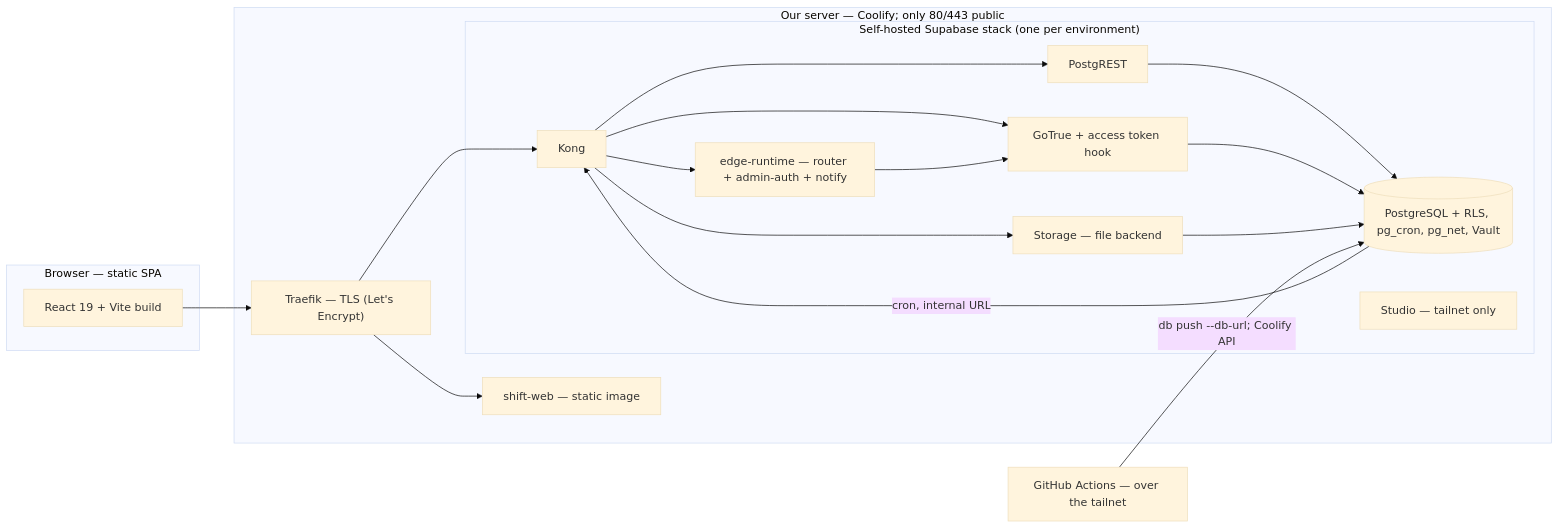
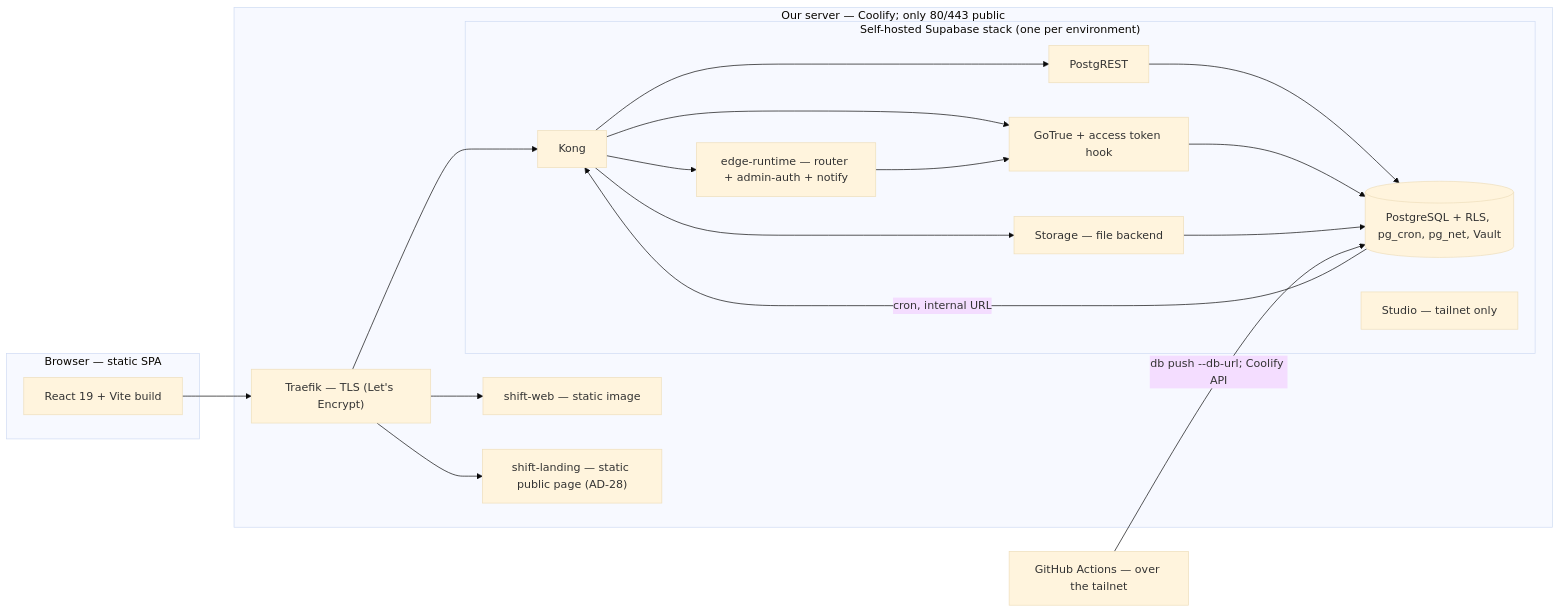
One commit to uqeva/shift changed the fourth of 6 diagrams in _bmad-output/planning-artifacts/architecture/architecture-shift-2026-09-02/ARCHITECTURE-SPINE.md. Above: the diagram before and after it, drawn with Mermaid (base theme). The commit also changed other lines of this file and 6 other files, not shown here.

````diff
--- a/_bmad-output/planning-artifacts/architecture/architecture-shift-2026-09-02/ARCHITECTURE-SPINE.md
+++ b/_bmad-output/planning-artifacts/architecture/architecture-shift-2026-09-02/ARCHITECTURE-SPINE.md
@@ -838,30 +985,32 @@
 ```mermaid
 graph LR
     subgraph Client["Browser — static SPA"]
         APP["React 19 + Vite build"]
     end
     subgraph Host["Our server — Coolify; only 80/443 public"]
         TR["Traefik — TLS (Let's Encrypt)"]
         WEB["shift-web — static image"]
+        LAND["shift-landing — static public page (AD-28)"]
         subgraph Stack["Self-hosted Supabase stack (one per environment)"]
             KONG["Kong"]
             FN["edge-runtime — router + admin-auth + notify"]
             REST["PostgREST"]
             AUTH["GoTrue + access token hook"]
             STORE["Storage — file backend"]
             DB[("PostgreSQL + RLS, pg_cron, pg_net, Vault")]
             STUDIO["Studio — tailnet only"]
         end
     end
     CI["GitHub Actions — over the tailnet"]
 
     APP --> TR --> WEB
+    TR --> LAND
     TR --> KONG
     KONG --> REST & AUTH & STORE & FN
     FN --> AUTH
     REST --> DB
     AUTH --> DB
     STORE --> DB
     DB -->|"cron, internal URL"| KONG
     CI -->|"db push --db-url; Coolify API"| DB
 ```
````
